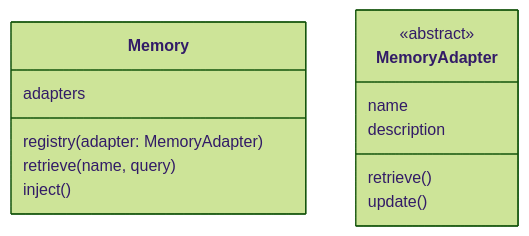
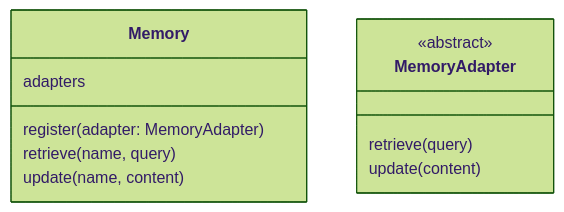
The first of 2 diagrams in design/memory.md (maozy13/walle), drawn with Mermaid (forest theme) before and after one commit. The commit also changed other lines of this file and 10 other files, not shown here.

````diff
--- a/design/memory.md
+++ b/design/memory.md
@@ -9,18 +9,16 @@
 ```mermaid
 classDiagram
 
 class Memory {
     adapters
-    registry(adapter: MemoryAdapter)
+    register(adapter: MemoryAdapter)
     retrieve(name, query)
-    inject()
+    update(name, content)
 }
 
 class MemoryAdapter {
     <<abstract>>
-    name
-    description
-    retrieve()
-    update()
+    retrieve(query)
+    update(content)
 }
 ```
````
